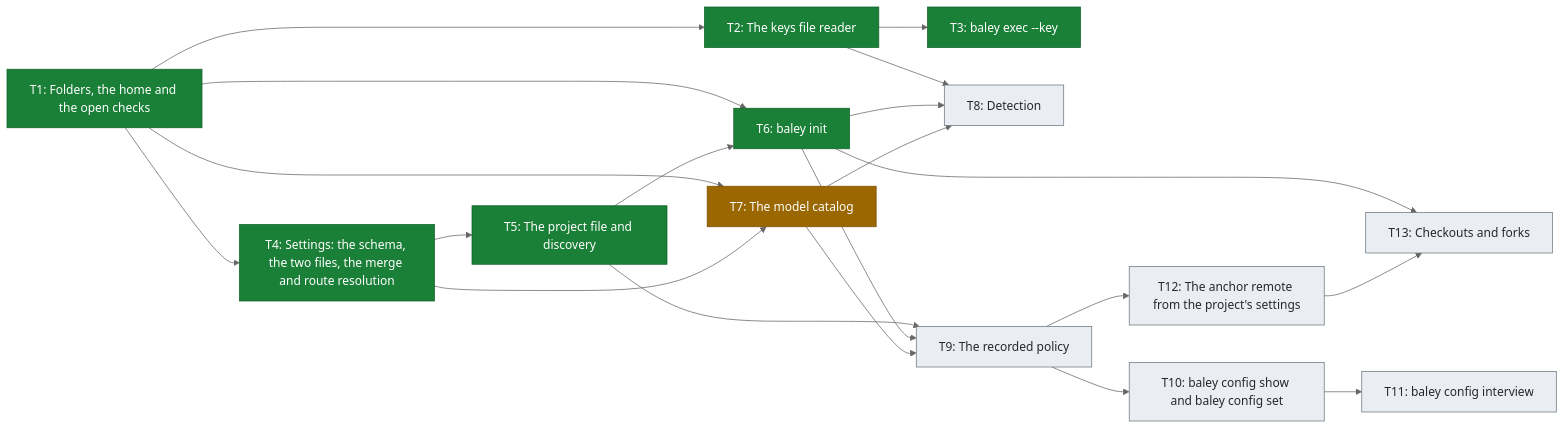
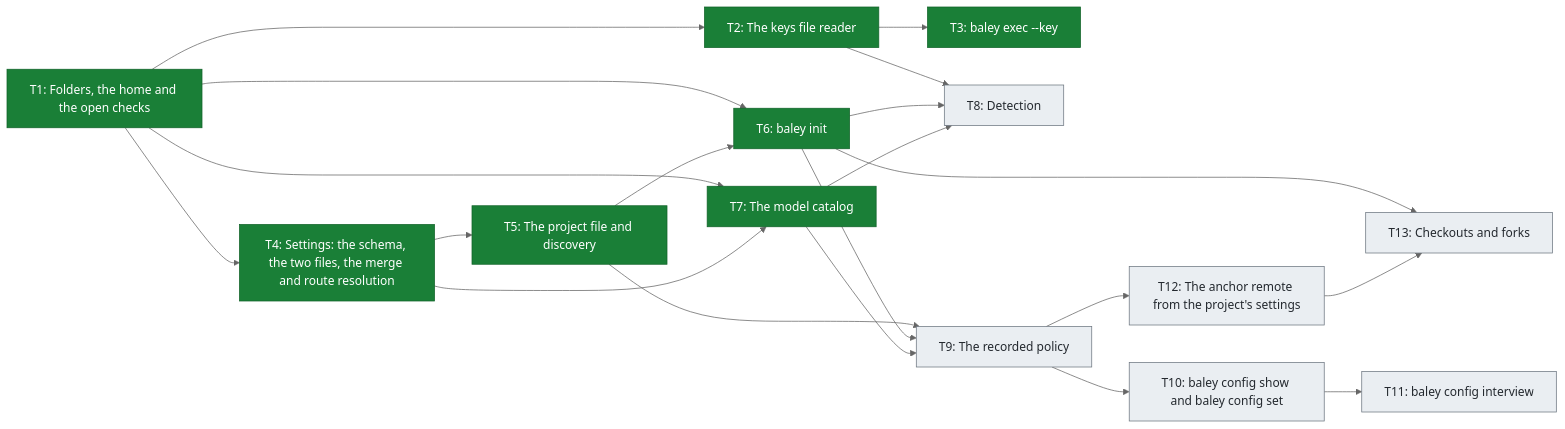
The third of 3 diagrams in docs/roadmap.md (crenshawdev/baley), drawn with Mermaid (neutral theme) before and after one commit. The commit also changed other lines of this file, not shown here.

Commit message:
docs(roadmap): mark build 2 t7 merged
T7's pull request is #165, so its row links it and reads merged, which
merging that pull request makes true. Figure 3 moves T7 to done and the
status line counts T1 to T7.

````diff
--- a/docs/roadmap.md
+++ b/docs/roadmap.md
@@ -100,43 +100,41 @@
 ```mermaid
 flowchart LR
     T1["T1: Folders, the home and the open checks"]
     T2["T2: The keys file reader"]
     T3["T3: baley exec --key"]
     T4["T4: Settings: the schema, the two files, the merge and route resolution"]
     T5["T5: The project file and discovery"]
     T6["T6: baley init"]
     T7["T7: The model catalog"]
     T8["T8: Detection"]
     T9["T9: The recorded policy"]
     T10["T10: baley config show and baley config set"]
     T11["T11: baley config interview"]
     T12["T12: The anchor remote from the project's settings"]
     T13["T13: Checkouts and forks"]
 
     T1 --> T2
     T1 --> T4
     T1 --> T6
     T1 --> T7
     T2 --> T3
     T2 --> T8
     T4 --> T5
     T4 --> T7
     T5 --> T6
     T5 --> T9
     T6 --> T8
     T6 --> T9
     T6 --> T13
     T7 --> T8
     T7 --> T9
     T9 --> T10
     T9 --> T12
     T10 --> T11
     T12 --> T13
 
     classDef done fill:#1a7f37,stroke:#116329,color:#ffffff
     classDef planned fill:#eaeef2,stroke:#6e7781,color:#24292f
-    classDef progress fill:#9a6700,stroke:#7d4e00,color:#ffffff
-    class T1,T2,T3,T4,T5,T6 done
-    class T7 progress
+    class T1,T2,T3,T4,T5,T6,T7 done
     class T8,T9,T10,T11,T12,T13 planned
 ```
````
